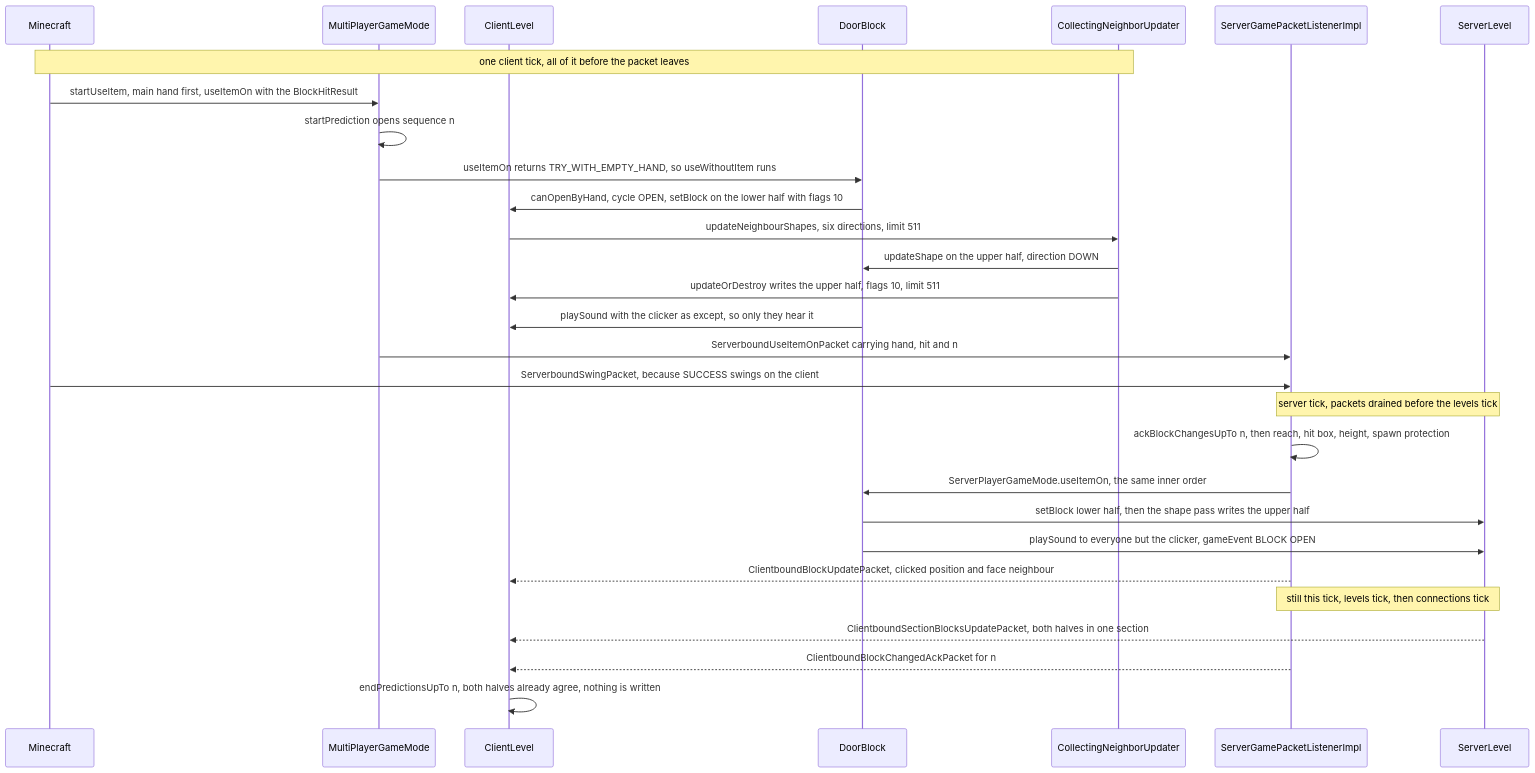
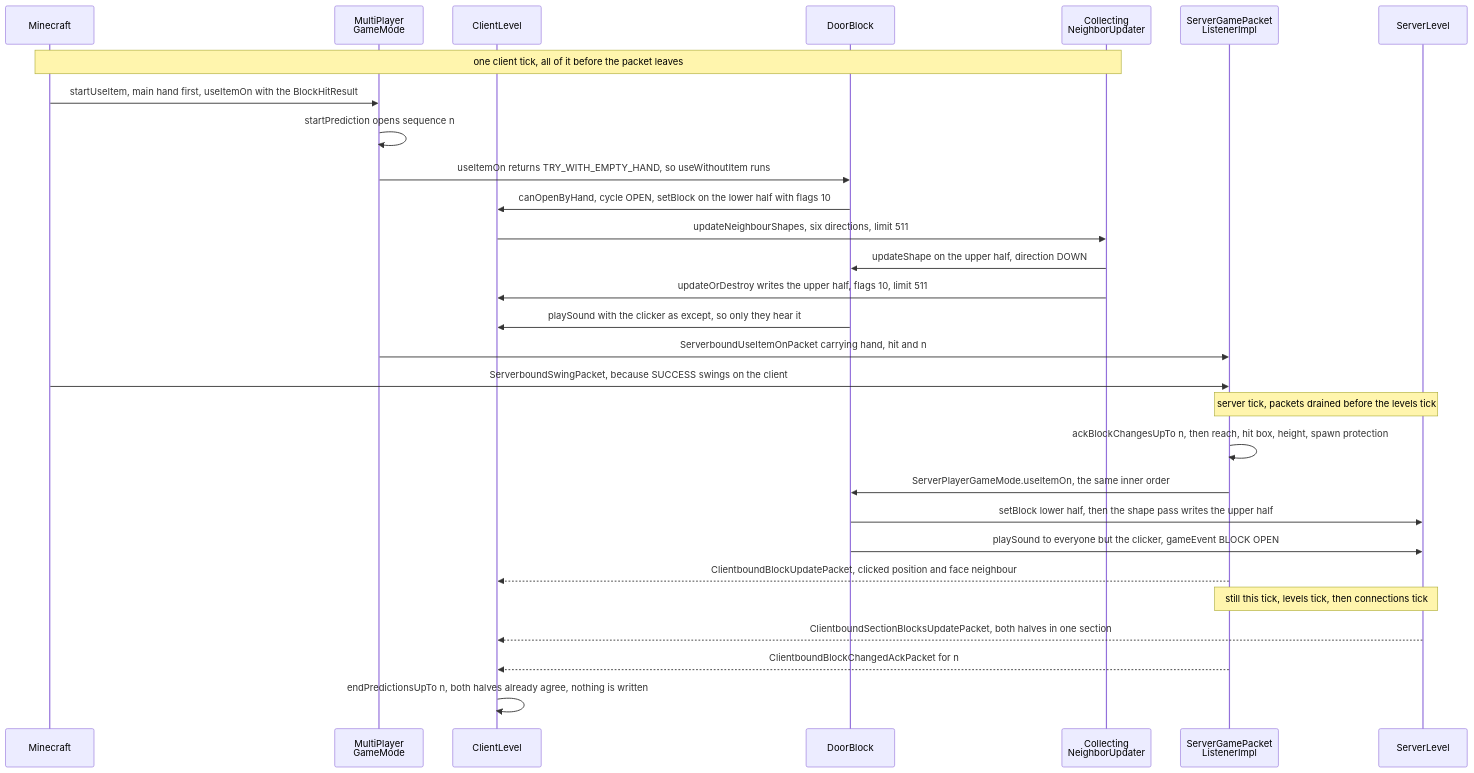
One commit to AlexanderjFraser/MinecraftDocs changed the diagram in src/systems/blocks/block-interaction.md. Above: the diagram before and after it, drawn with Mermaid. The commit also changed 68 other files, not shown here.

````diff
--- a/src/systems/blocks/block-interaction.md
+++ b/src/systems/blocks/block-interaction.md
@@ -32,32 +32,32 @@
 ```mermaid
 sequenceDiagram
     participant MC as Minecraft
-    participant MPGM as MultiPlayerGameMode
+    participant MPGM as MultiPlayer<br/>GameMode
     participant CL as ClientLevel
     participant DB as DoorBlock
-    participant CNU as CollectingNeighborUpdater
-    participant SGPL as ServerGamePacketListenerImpl
+    participant CNU as Collecting<br/>NeighborUpdater
+    participant SGPL as ServerGamePacket<br/>ListenerImpl
     participant SL as ServerLevel
 
     Note over MC,CNU: one client tick, all of it before the packet leaves
     MC->>MPGM: startUseItem, main hand first, useItemOn with the BlockHitResult
     MPGM->>MPGM: startPrediction opens sequence n
     MPGM->>DB: useItemOn returns TRY_WITH_EMPTY_HAND, so useWithoutItem runs
     DB->>CL: canOpenByHand, cycle OPEN, setBlock on the lower half with flags 10
     CL->>CNU: updateNeighbourShapes, six directions, limit 511
     CNU->>DB: updateShape on the upper half, direction DOWN
     CNU->>CL: updateOrDestroy writes the upper half, flags 10, limit 511
     DB->>CL: playSound with the clicker as except, so only they hear it
     MPGM->>SGPL: ServerboundUseItemOnPacket carrying hand, hit and n
     MC->>SGPL: ServerboundSwingPacket, because SUCCESS swings on the client
     Note over SGPL,SL: server tick, packets drained before the levels tick
     SGPL->>SGPL: ackBlockChangesUpTo n, then reach, hit box, height, spawn protection
     SGPL->>DB: ServerPlayerGameMode.useItemOn, the same inner order
     DB->>SL: setBlock lower half, then the shape pass writes the upper half
     DB->>SL: playSound to everyone but the clicker, gameEvent BLOCK OPEN
     SGPL-->>CL: ClientboundBlockUpdatePacket, clicked position and face neighbour
     Note over SGPL,SL: still this tick, levels tick, then connections tick
     SL-->>CL: ClientboundSectionBlocksUpdatePacket, both halves in one section
     SGPL-->>CL: ClientboundBlockChangedAckPacket for n
     CL->>CL: endPredictionsUpTo n, both halves already agree, nothing is written
 ```
````
